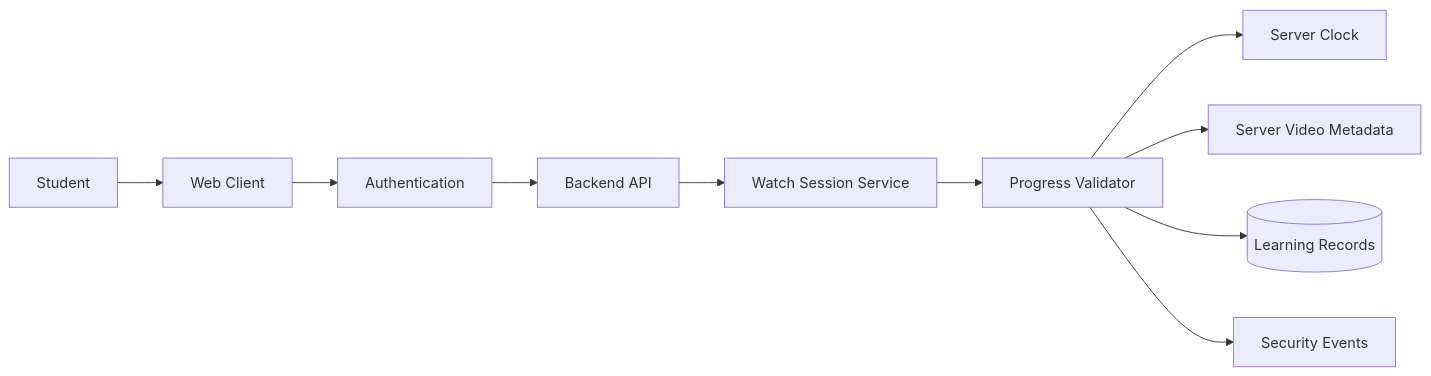
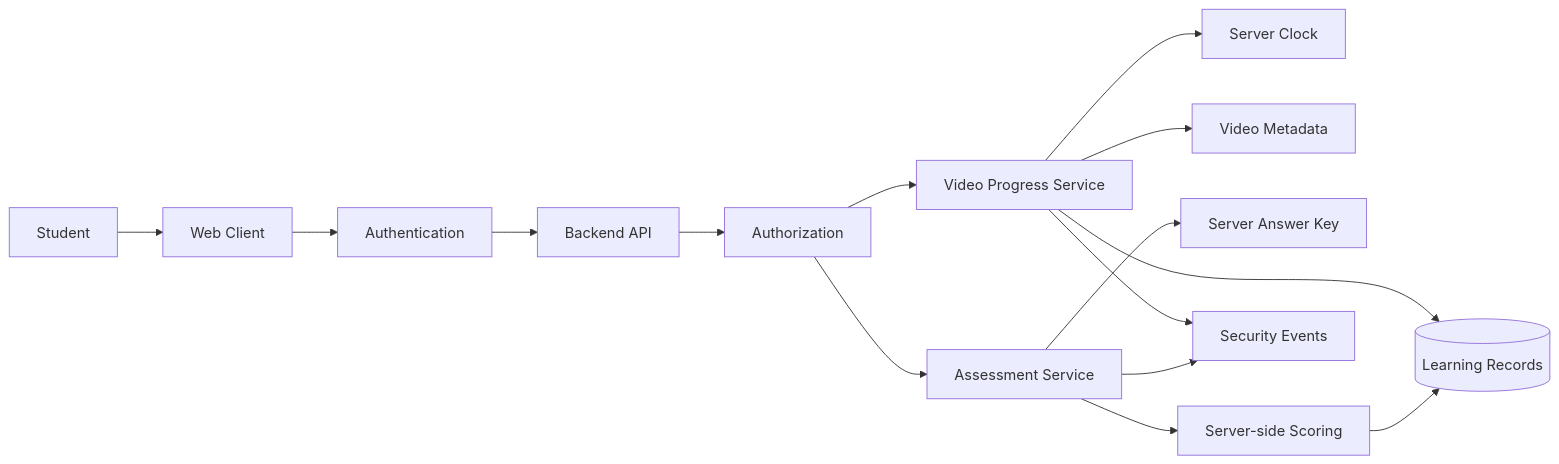
Before and after one commit to ntdotjsx/ovec-bypass: the fifth of 5 diagrams in README.md, drawn with Mermaid. The commit also changed other lines of this file, not shown here.

````diff
--- a/README.md
+++ b/README.md
@@ -955,22 +998,32 @@
 ```mermaid
 flowchart LR
 
-    USER[Student]
+    STUDENT[Student]
     --> CLIENT[Web Client]
 
     CLIENT --> AUTH[Authentication]
 
     AUTH --> API[Backend API]
 
-    API --> WATCH[Watch Session Service]
+    API --> AUTHZ[Authorization]
 
-    WATCH --> VALIDATOR[Progress Validator]
+    AUTHZ --> VIDEO[Video Progress Service]
 
-    VALIDATOR --> TIME[Server Clock]
+    AUTHZ --> EXAM[Assessment Service]
 
-    VALIDATOR --> META[Server Video Metadata]
+    VIDEO --> CLOCK[Server Clock]
 
-    VALIDATOR --> DB[(Learning Records)]
+    VIDEO --> META[Video Metadata]
 
-    VALIDATOR --> SECURITY[Security Events]
+    VIDEO --> DB[(Learning Records)]
+
+    EXAM --> KEY[Server Answer Key]
+
+    EXAM --> SCORE[Server-side Scoring]
+
+    SCORE --> DB
+
+    VIDEO --> LOG[Security Events]
+
+    EXAM --> LOG
 ```
````
